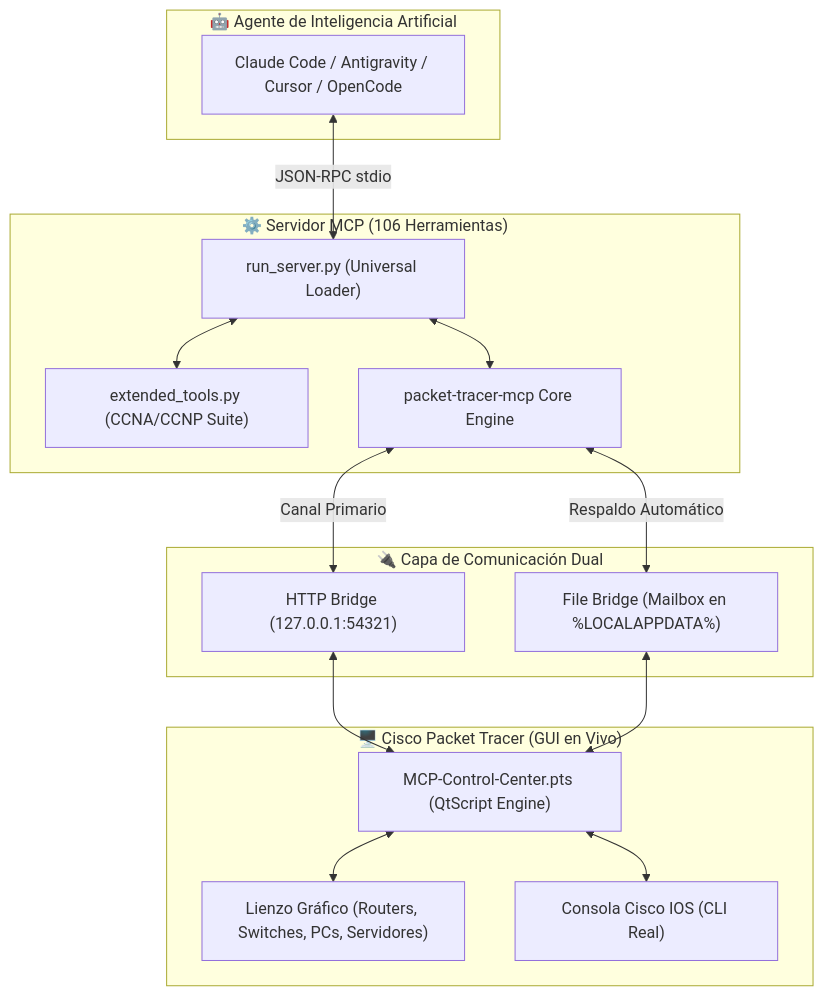
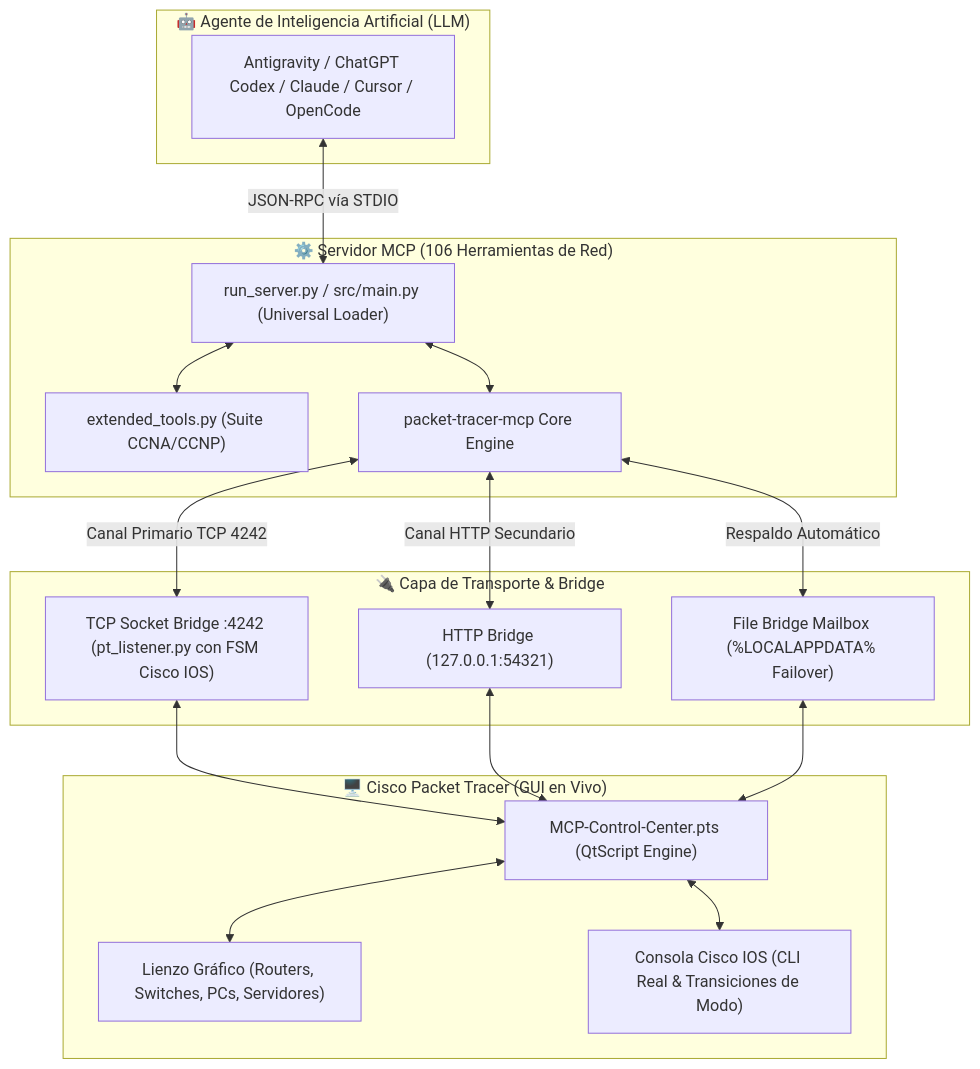
The first of 3 diagrams in README.md (heltonsmith/Agent-MCP---Cisco-Packet-Tracer), drawn with Mermaid before and after one commit. The commit also changed other lines of this file and 2 other files, not shown here.

Commit message:
Actualizaciones de estadísticas y setup automático para Windows y Linux

````diff
--- a/README.md
+++ b/README.md
@@ -26,33 +41,36 @@
 ```mermaid
 flowchart TD
-    subgraph IA ["🤖 Agente de Inteligencia Artificial"]
-        A["Claude Code / Antigravity / Cursor / OpenCode"]
+    subgraph IA ["🤖 Agente de Inteligencia Artificial (LLM)"]
+        A["Antigravity / ChatGPT Codex / Claude / Cursor / OpenCode"]
     end
 
-    subgraph MCP ["⚙️ Servidor MCP (106 Herramientas)"]
-        B["run_server.py (Universal Loader)"]
-        C["extended_tools.py (CCNA/CCNP Suite)"]
+    subgraph MCP ["⚙️ Servidor MCP (106 Herramientas de Red)"]
+        B["run_server.py / src/main.py (Universal Loader)"]
+        C["extended_tools.py (Suite CCNA/CCNP)"]
         D["packet-tracer-mcp Core Engine"]
     end
 
-    subgraph Transport ["🔌 Capa de Comunicación Dual"]
-        E1["HTTP Bridge (127.0.0.1:54321)"]
-        E2["File Bridge (Mailbox en %LOCALAPPDATA%)"]
+    subgraph Transport ["🔌 Capa de Transporte & Bridge"]
+        E1["TCP Socket Bridge :4242 (pt_listener.py con FSM Cisco IOS)"]
+        E2["HTTP Bridge (127.0.0.1:54321)"]
+        E3["File Bridge Mailbox (%LOCALAPPDATA% Failover)"]
     end
 
     subgraph PT ["🖥️ Cisco Packet Tracer (GUI en Vivo)"]
         F["MCP-Control-Center.pts (QtScript Engine)"]
         G["Lienzo Gráfico (Routers, Switches, PCs, Servidores)"]
-        H["Consola Cisco IOS (CLI Real)"]
+        H["Consola Cisco IOS (CLI Real & Transiciones de Modo)"]
     end
 
-    A <-->|JSON-RPC stdio| B
+    A <-->|JSON-RPC vía STDIO| B
     B <--> C
     B <--> D
-    D <-->|Canal Primario| E1
-    D <-->|Respaldo Automático| E2
+    D <-->|Canal Primario TCP 4242| E1
+    D <-->|Canal HTTP Secundario| E2
+    D <-->|Respaldo Automático| E3
     E1 <--> F
     E2 <--> F
+    E3 <--> F
     F <--> G
     F <--> H
 ```
````
